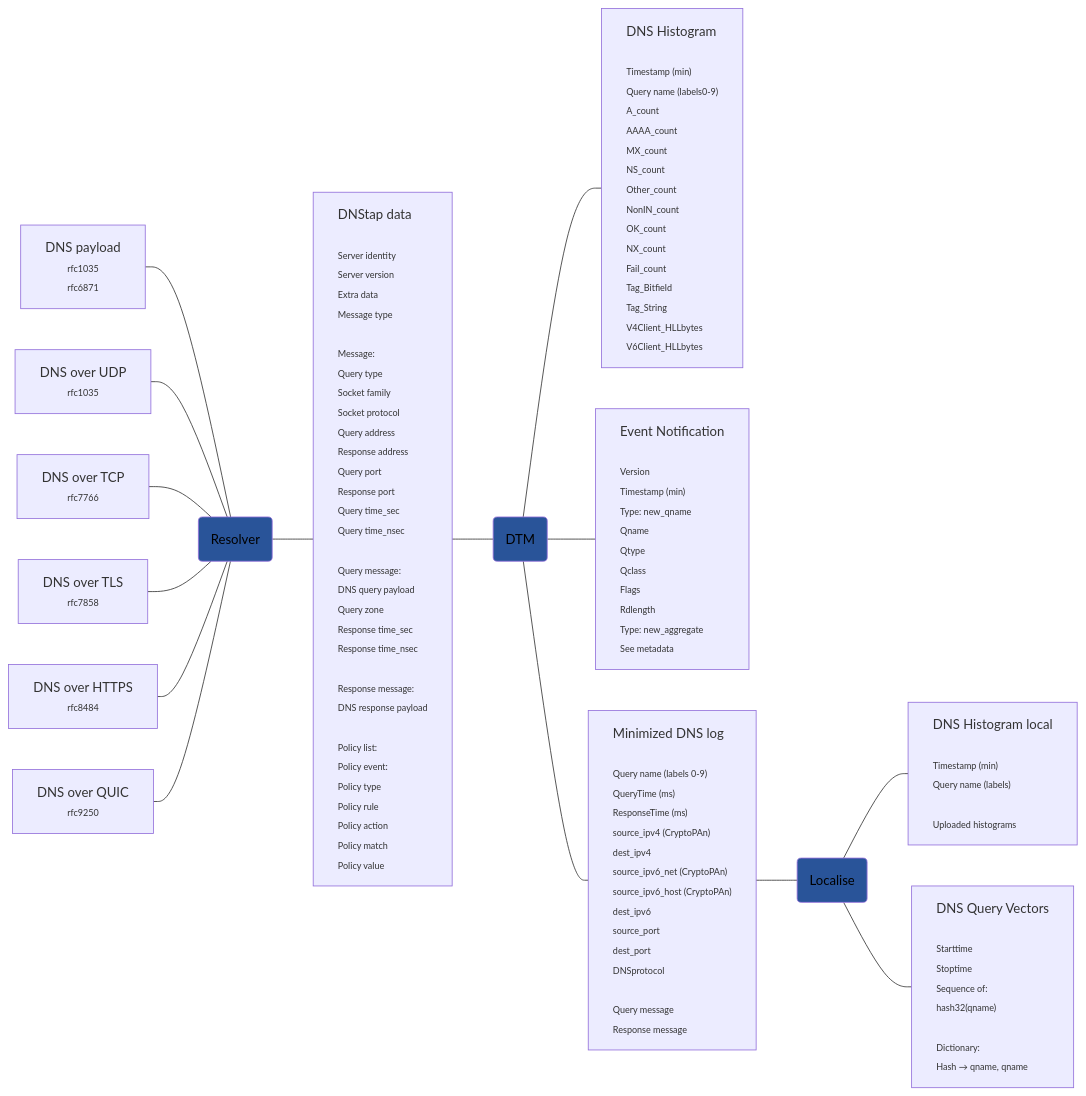
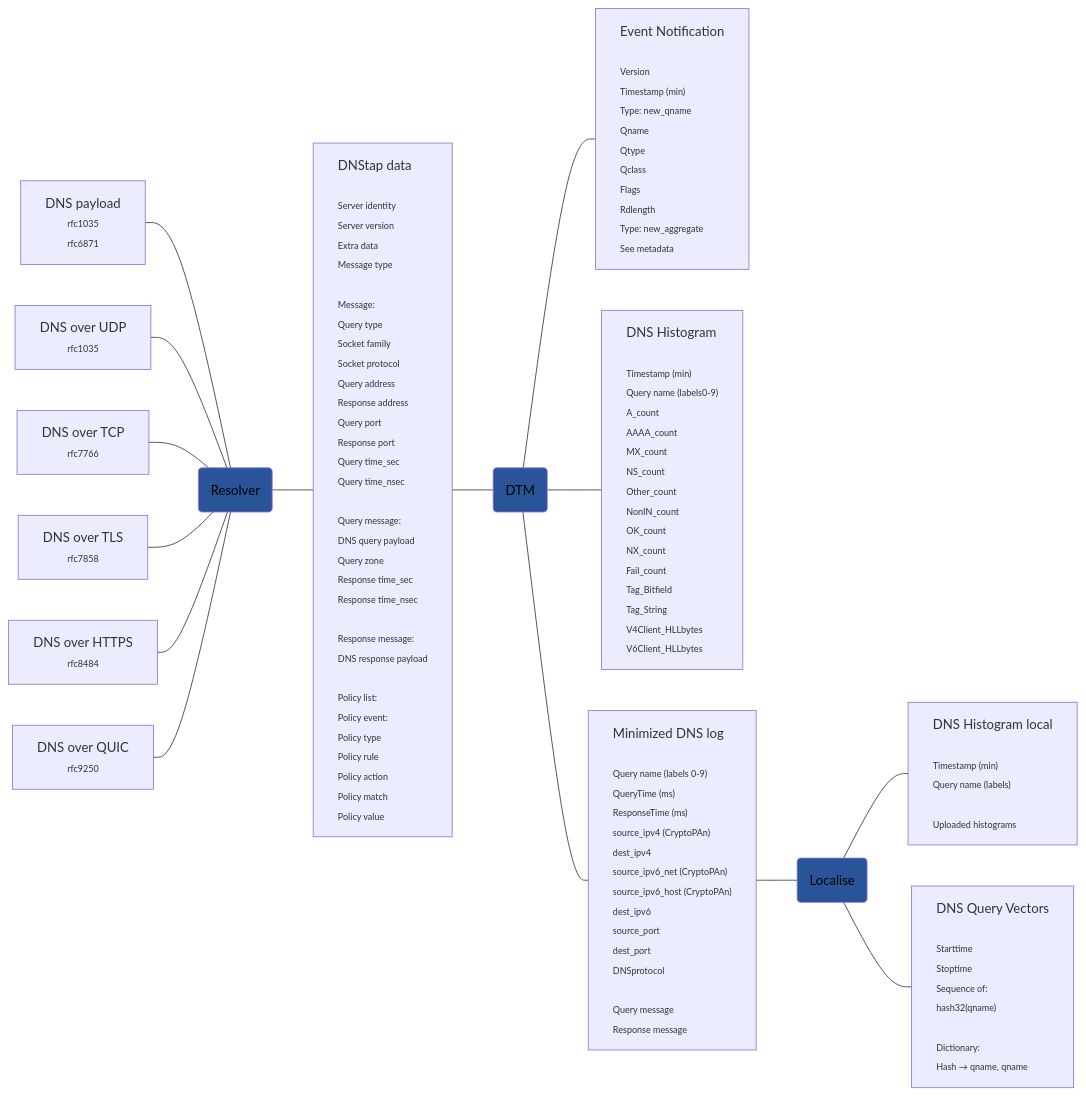
Before and after one commit to dnstapir/datasets: the diagram in dnsdataflow.md, drawn with Mermaid.

```diff
--- a/dnsdataflow.md
+++ b/dnsdataflow.md
@@ -63,6 +63,19 @@
 Policy match
 Policy value
 </span>]:::left
+DTM --- Event["Event Notification
+
+<span style='font-size:11px;'>Version
+Timestamp (min)
+Type: new_qname
+Qname
+Qtype
+Qclass
+Flags
+Rdlength
+Type: new_aggregate
+See metadata</span>
+"]:::left
 T --- DTM(DTM):::service
 DTM --- Hist["DNS Histogram
 <span style='font-size:11px;'>
@@ -82,19 +95,7 @@
 V4Client_HLLbytes
 V6Client_HLLbytes</span>
 "]:::left
-DTM --- Event["Event Notification
 
-<span style='font-size:11px;'>Version
-Timestamp (min)
-Type: new_qname
-Qname
-Qtype
-Qclass
-Flags
-Rdlength
-Type: new_aggregate
-See metadata</span>
-"]:::left
 DTM --- Mini["Minimized DNS log
 
 <span style='font-size:11px;'>Query name (labels 0-9)
```
